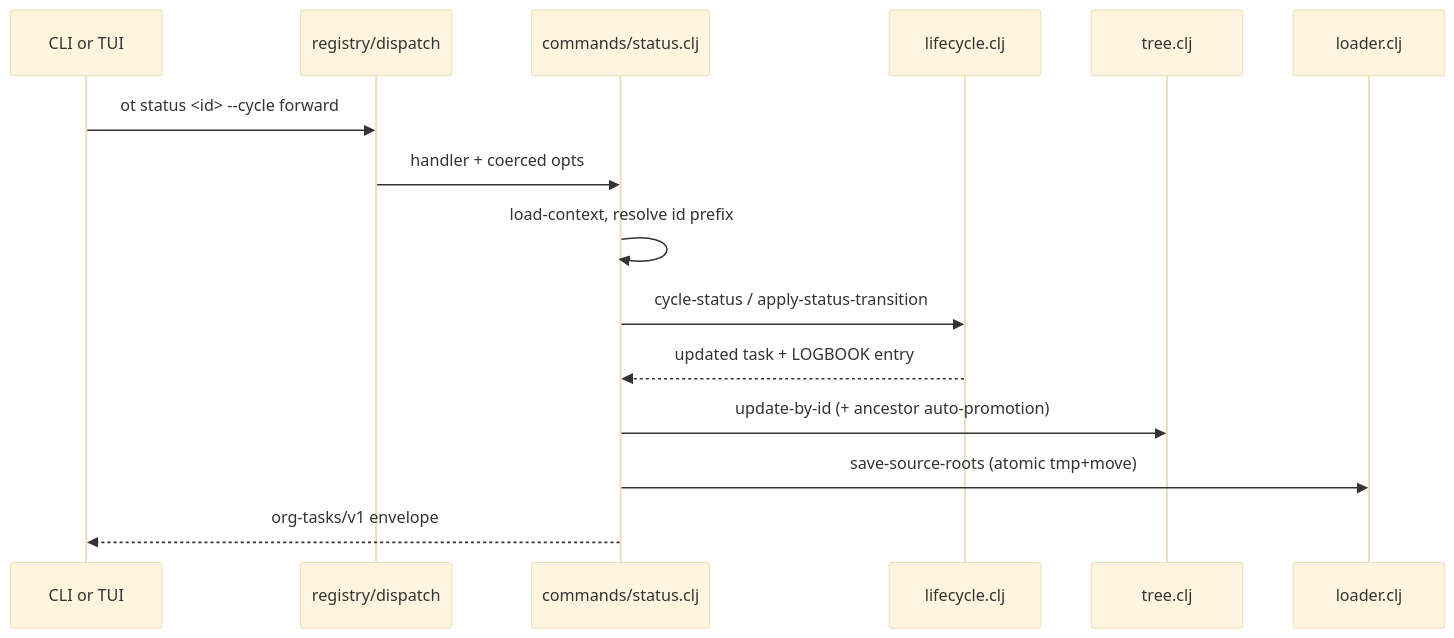
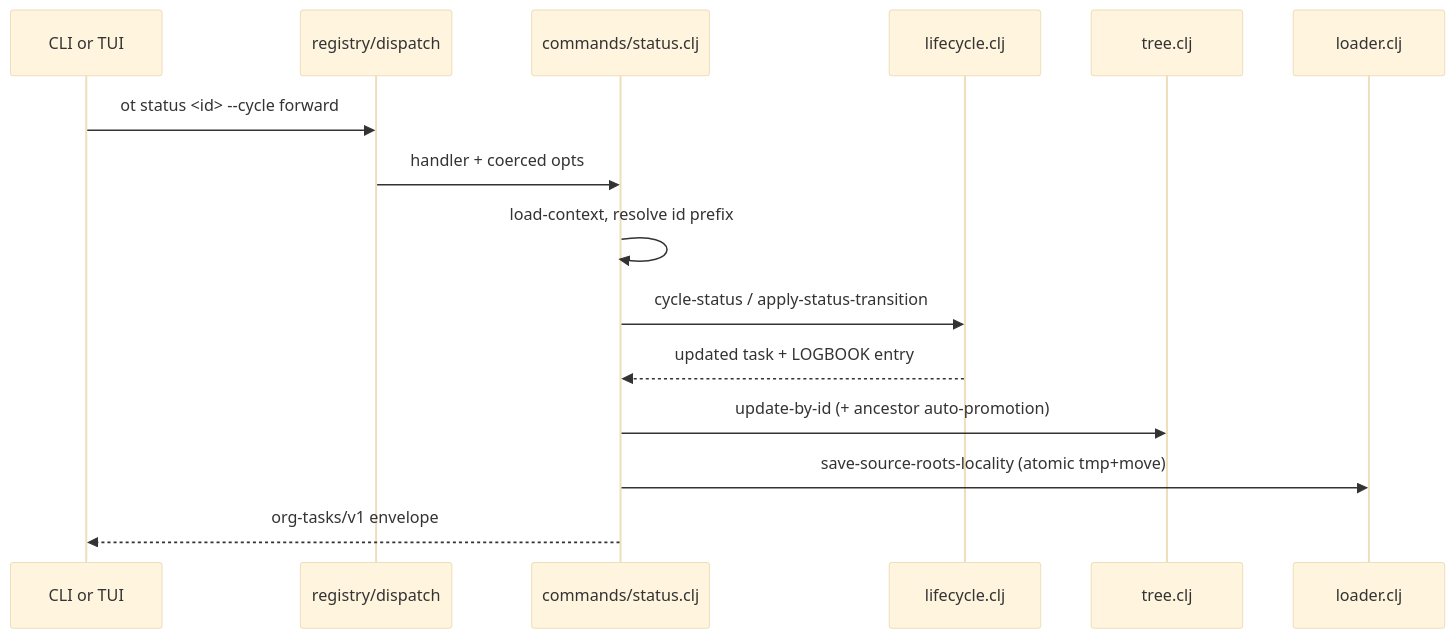
One commit to cormacc/dotagents changed the third of 3 diagrams in skills/org-tasks/scripts/docs/DESIGN.org. Above: the diagram before and after it, drawn with Mermaid (base theme). The commit also changed other lines of this file and 19 other files, not shown here.

```diff
--- a/skills/org-tasks/scripts/docs/DESIGN.org
+++ b/skills/org-tasks/scripts/docs/DESIGN.org
@@ -98,17 +101,17 @@
 #+begin_src mermaid :file design-mutation.png
 sequenceDiagram
     participant U as CLI or TUI
     participant R as registry/dispatch
     participant H as commands/status.clj
     participant L as lifecycle.clj
     participant T as tree.clj
     participant IO as loader.clj
     U->>R: ot status <id> --cycle forward
     R->>H: handler + coerced opts
     H->>H: load-context, resolve id prefix
     H->>L: cycle-status / apply-status-transition
     L-->>H: updated task + LOGBOOK entry
     H->>T: update-by-id (+ ancestor auto-promotion)
-    H->>IO: save-source-roots (atomic tmp+move)
+    H->>IO: save-source-roots-locality (atomic tmp+move)
     H-->>U: org-tasks/v1 envelope
 #+end_src
```
